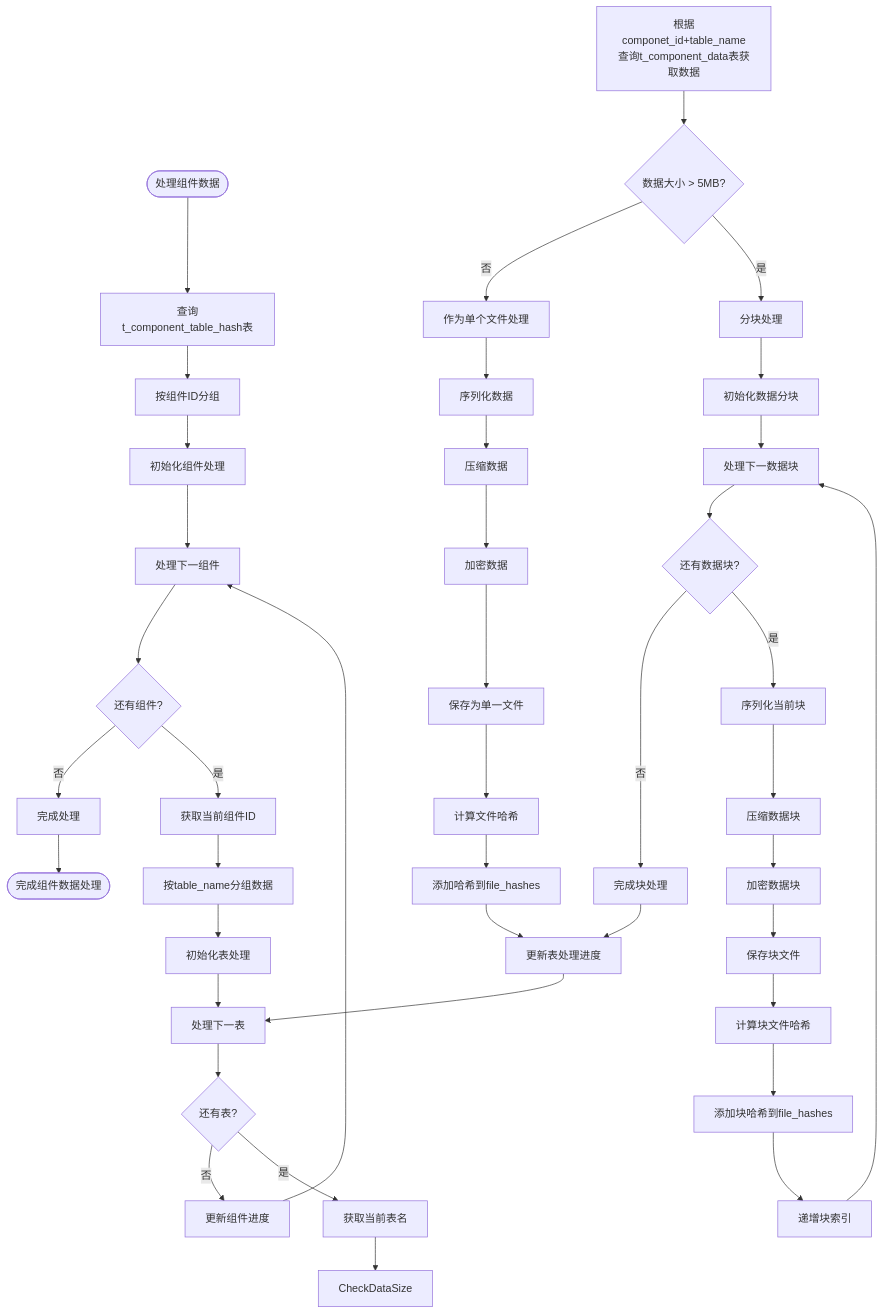
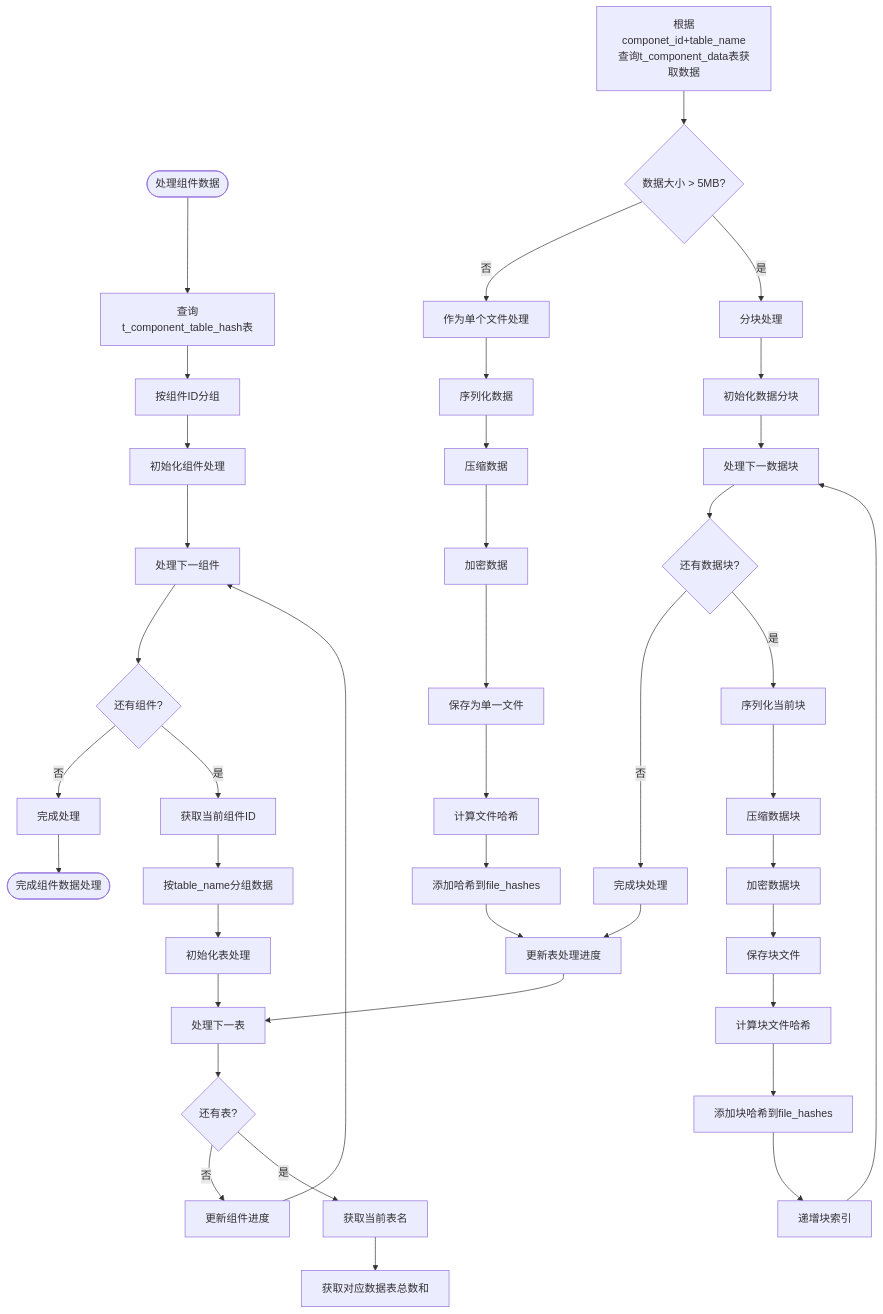
One commit to yingjianzh/iodraw-files changed the diagram in all/未命名-56.md. Above: the diagram before and after it, drawn with Mermaid.

Commit message:
2025-05-12 14:26:04 update

````diff
--- a/all/未命名-56.md
+++ b/all/未命名-56.md
@@ -1,58 +1,58 @@
 ```mermaid
 
 flowchart TD
     Start([处理组件数据]) --> QueryDB[查询t_component_table_hash表]
     QueryDB --> GroupByComp[按组件ID分组]
     GroupByComp --> InitCompProcess[初始化组件处理]
     
     InitCompProcess --> ProcessNextComp[处理下一组件]
     ProcessNextComp --> MoreComps{还有组件?}
     MoreComps -->|否| CompleteProcess[完成处理]
     MoreComps -->|是| GetCompID[获取当前组件ID]
     
     GetCompID --> GroupByTable[按table_name分组数据]
     GroupByTable --> InitTableProcess[初始化表处理]
     
     InitTableProcess --> ProcessNextTable[处理下一表]
     ProcessNextTable --> MoreTables{还有表?}
     MoreTables -->|否| UpdateCompProgress[更新组件进度]
     MoreTables -->|是| GetTableName[获取当前表名]
     
     UpdateCompProgress --> ProcessNextComp
     
-    GetTableName --> CheckDataSize
+    GetTableName --> CheckDataSize[获取对应数据表总数和]
     QueryTableData[根据componet_id+table_name查询t_component_data表获取数据]
     QueryTableData --> DataSize{数据大小 > 5MB?}
     
     DataSize -->|否| ProcessSingleFile[作为单个文件处理]
     DataSize -->|是| ProcessMultipleChunks[分块处理]
     
     ProcessSingleFile --> SerializeData[序列化数据]
     SerializeData --> CompressData[压缩数据]
     CompressData --> EncryptData[加密数据]
     EncryptData --> SaveSingleFile[保存为单一文件]
     SaveSingleFile --> CalcFileHash[计算文件哈希]
     CalcFileHash --> AddToFileHashes[添加哈希到file_hashes]
 
     ProcessMultipleChunks --> InitChunks[初始化数据分块]
     InitChunks --> ProcessNextChunk[处理下一数据块]
     
     ProcessNextChunk --> MoreChunks{还有数据块?}
     MoreChunks -->|否| CompleteChunks[完成块处理]
     MoreChunks -->|是| SerializeChunk[序列化当前块]
     
     SerializeChunk --> CompressChunk[压缩数据块]
     CompressChunk --> EncryptChunk[加密数据块]
     EncryptChunk --> SaveChunkFile[保存块文件]
     SaveChunkFile --> CalcChunkHash[计算块文件哈希]
     CalcChunkHash --> AddChunkHash[添加块哈希到file_hashes]
     AddChunkHash --> IncrementChunkIndex[递增块索引]
     IncrementChunkIndex --> ProcessNextChunk
     
     CompleteChunks --> UpdateTableProgress[更新表处理进度]
     AddToFileHashes --> UpdateTableProgress
     UpdateTableProgress --> ProcessNextTable
     
     CompleteProcess --> End([完成组件数据处理])
 
 ```
````
